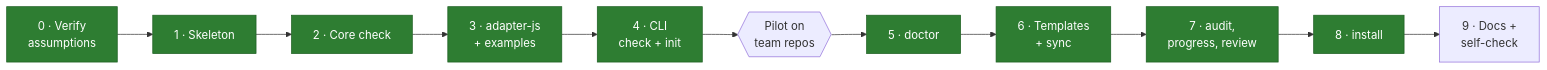
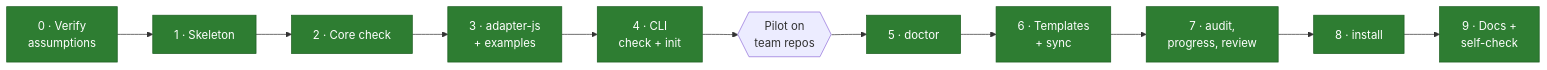
One commit to fredarcito/reins changed diagram 14 of 14 in README.md. Above: the diagram before and after it, drawn with Mermaid. The commit also changed other lines of this file and 44 other files, not shown here.

````diff
--- a/README.md
+++ b/README.md
@@ -515,8 +515,8 @@
 ```mermaid
 flowchart LR
     p0["0 · Verify<br/>assumptions"]:::done --> p1["1 · Skeleton"]:::done
     p1 --> p2["2 · Core check"]:::done --> p3["3 · adapter-js<br/>+ examples"]:::done --> p4["4 · CLI<br/>check + init"]:::done
     p4 --> gate{{"Pilot on<br/>team repos"}}
-    gate --> p5["5 · doctor"]:::done --> p6["6 · Templates<br/>+ sync"]:::done --> p7["7 · audit,<br/>progress, review"]:::done --> p8["8 · install"]:::done --> p9["9 · Docs +<br/>self-check"]
+    gate --> p5["5 · doctor"]:::done --> p6["6 · Templates<br/>+ sync"]:::done --> p7["7 · audit,<br/>progress, review"]:::done --> p8["8 · install"]:::done --> p9["9 · Docs +<br/>self-check"]:::done
     classDef done fill:#2e7d32,color:#fff,stroke:#1b5e20
 ```
````
